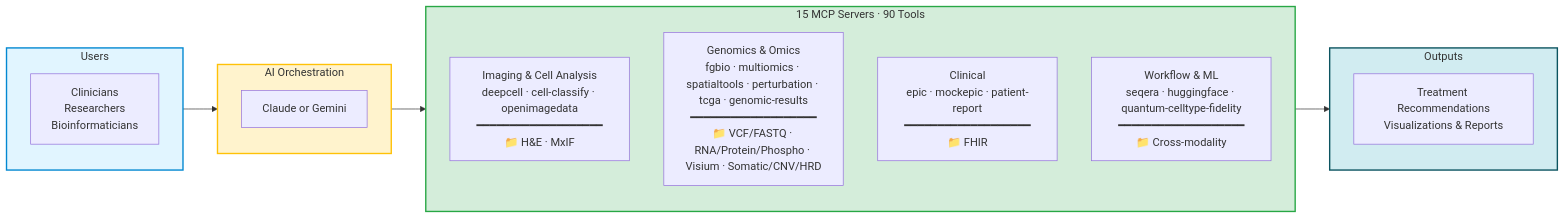
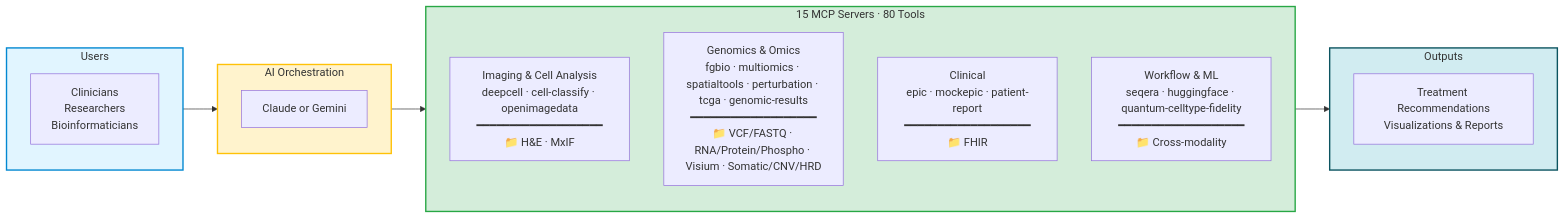
The diagram in docs/for-funders/EXECUTIVE_SUMMARY.md (raymond301/precision-medicine-mcp), drawn with Mermaid before and after one commit. The commit also changed other lines of this file and 15 other files, not shown here.

````diff
--- a/docs/for-funders/EXECUTIVE_SUMMARY.md
+++ b/docs/for-funders/EXECUTIVE_SUMMARY.md
@@ -13,31 +13,31 @@
 ```mermaid
 graph LR
     subgraph Users["Users"]
         U[Clinicians<br/>Researchers<br/>Bioinformaticians]
     end
 
     subgraph AI["AI Orchestration"]
         LLM[Claude or Gemini]
     end
 
-    subgraph Servers["15 MCP Servers · 90 Tools"]
+    subgraph Servers["15 MCP Servers · 80 Tools"]
         direction TB
         IMAGING["Imaging & Cell Analysis<br/>deepcell · cell-classify · openimagedata<br/>━━━━━━━━━━━━━━━━━━━<br/>📁 H&E · MxIF"]
         GENOMICS["Genomics & Omics<br/>fgbio · multiomics · spatialtools · perturbation · tcga · genomic-results<br/>━━━━━━━━━━━━━━━━━━━<br/>📁 VCF/FASTQ · RNA/Protein/Phospho · Visium · Somatic/CNV/HRD"]
         CLINICAL["Clinical<br/>epic · mockepic · patient-report<br/>━━━━━━━━━━━━━━━━━━━<br/>📁 FHIR"]
         WORKFLOW["Workflow & ML<br/>seqera · huggingface · quantum-celltype-fidelity<br/>━━━━━━━━━━━━━━━━━━━<br/>📁 Cross-modality"]
     end
 
     subgraph Output["Outputs"]
         O[Treatment Recommendations<br/>Visualizations & Reports]
     end
 
     Users --> AI
     AI --> Servers
     Servers --> Output
 
     style Users fill:#e1f5ff,stroke:#0288d1,stroke-width:2px
     style AI fill:#fff3cd,stroke:#ffc107,stroke-width:2px
     style Servers fill:#d4edda,stroke:#28a745,stroke-width:2px
     style Output fill:#d1ecf1,stroke:#0c5460,stroke-width:2px
 ```
````
